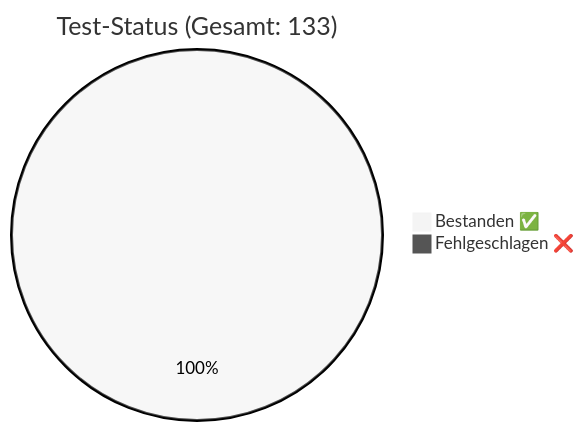
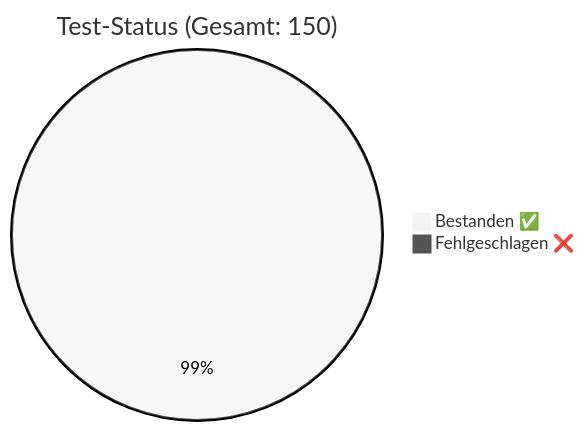
One commit to rorila/GCS changed the diagram in docs/QA_Report.md. Above: the diagram before and after it, drawn with Mermaid (neutral theme). The commit also changed other lines of this file and 6 other files, not shown here.

````diff
--- a/docs/QA_Report.md
+++ b/docs/QA_Report.md
@@ -7,5 +7,5 @@
 ```mermaid
-pie title Test-Status (Gesamt: 133)
-    "Bestanden ✅" : 133
-    "Fehlgeschlagen ❌" : 0
+pie title Test-Status (Gesamt: 150)
+    "Bestanden ✅" : 149
+    "Fehlgeschlagen ❌" : 1
 ```
````
